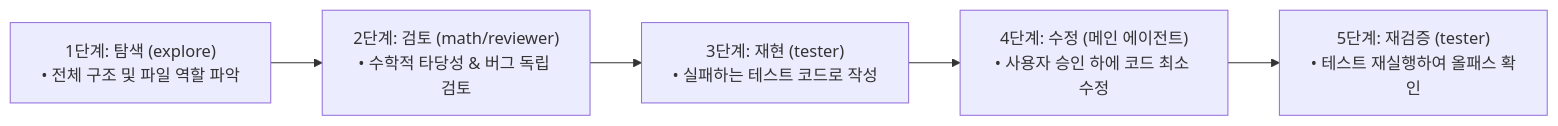
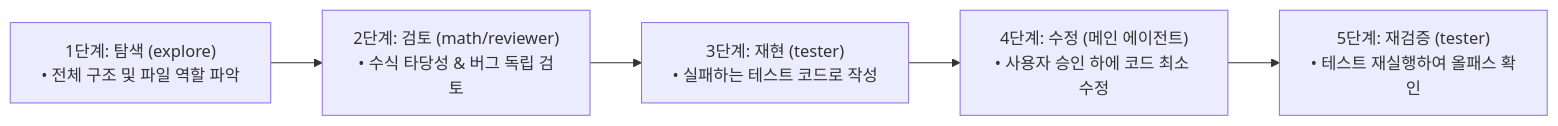
Before and after one commit to gilson0516/opencode-guide: the second of 2 diagrams in 오픈코드20.md, drawn with Mermaid. The commit also changed other lines of this file and 30 other files, not shown here.

````diff
--- a/오픈코드20.md
+++ b/오픈코드20.md
@@ -329,7 +101,7 @@
 ```mermaid
 flowchart LR
-    S1["1단계: 탐색 (explore)<br>• 전체 구조 및 파일 역할 파악"] --> S2["2단계: 검토 (math/reviewer)<br>• 수학적 타당성 & 버그 독립 검토"]
+    S1["1단계: 탐색 (explore)<br>• 전체 구조 및 파일 역할 파악"] --> S2["2단계: 검토 (math/reviewer)<br>• 수식 타당성 & 버그 독립 검토"]
     S2 --> S3["3단계: 재현 (tester)<br>• 실패하는 테스트 코드로 작성"]
     S3 --> S4["4단계: 수정 (메인 에이전트)<br>• 사용자 승인 하에 코드 최소 수정"]
     S4 --> S5["5단계: 재검증 (tester)<br>• 테스트 재실행하여 올패스 확인"]
 ```
````
